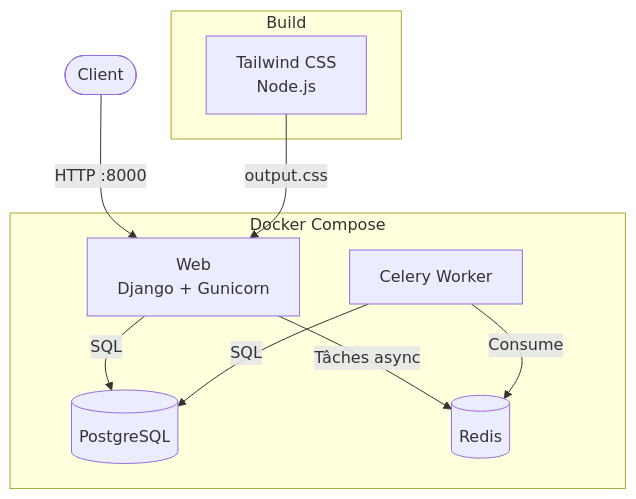
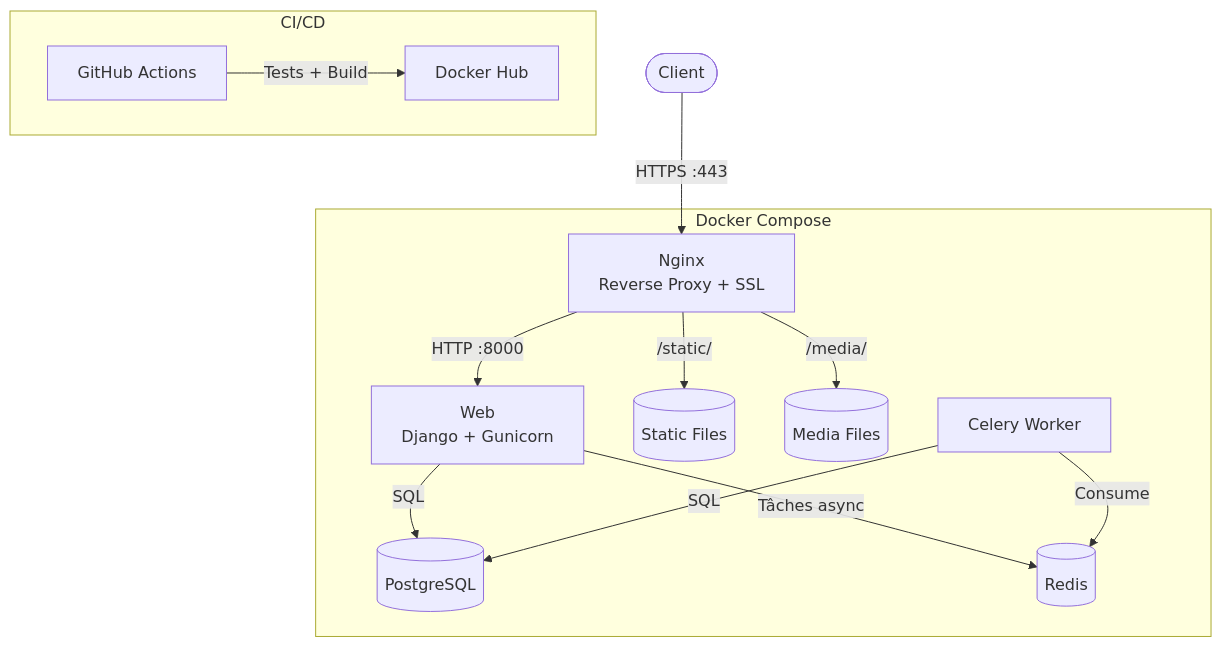
Before and after one commit to nicolasdeclerck/nickorp-website: the diagram in README.md, drawn with Mermaid. The commit also changed other lines of this file, not shown here.

Commit message:
Update README with full architecture, features and deploy docs

````diff
--- a/README.md
+++ b/README.md
@@ -7,20 +7,23 @@
 ```mermaid
 graph TB
-    Client([Client]) -->|HTTP :8000| Web
+    Client([Client]) -->|HTTPS :443| Nginx
 
     subgraph Docker Compose
+        Nginx[Nginx<br>Reverse Proxy + SSL] -->|HTTP :8000| Web
+        Nginx -->|/static/| StaticFiles[(Static Files)]
+        Nginx -->|/media/| MediaFiles[(Media Files)]
         Web[Web<br>Django + Gunicorn]
         Celery[Celery Worker]
         DB[(PostgreSQL)]
         Redis[(Redis)]
 
         Web -->|SQL| DB
         Web -->|Tâches async| Redis
         Celery -->|Consume| Redis
         Celery -->|SQL| DB
     end
 
-    subgraph Build
-        Tailwind[Tailwind CSS<br>Node.js] -->|output.css| Web
+    subgraph CI/CD
+        GitHub[GitHub Actions] -->|Tests + Build| DockerHub[Docker Hub]
     end
 ```
````
